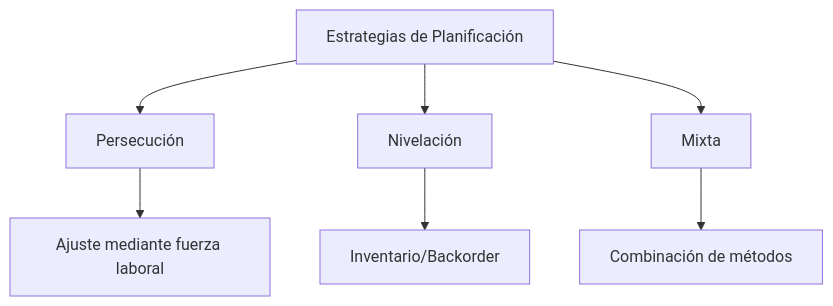
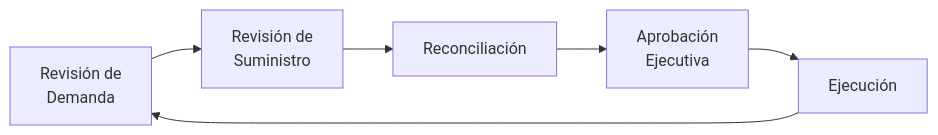
Before and after one commit to FCamaggi/gop-wiki: the third of 3 diagrams in public/content/clases/06-resumen-planificacion-agregada-2025.04.08.md, drawn with Mermaid. The commit also changed other lines of this file and 36 other files, not shown here.

````diff
--- a/public/content/clases/06-resumen-planificacion-agregada-2025.04.08.md
+++ b/public/content/clases/06-resumen-planificacion-agregada-2025.04.08.md
@@ -21,9 +277,8 @@
 ```mermaid
-graph TD
-    A[Estrategias de Planificación] --> B[Persecución]
-    A --> C[Nivelación]
-    A --> D[Mixta]
-    B --> E[Ajuste mediante fuerza laboral]
-    C --> F[Inventario/Backorder]
-    D --> G[Combinación de métodos]
+graph LR
+    A[Revisión de<br>Demanda] --> B[Revisión de<br>Suministro]
+    B --> C[Reconciliación]
+    C --> D[Aprobación<br>Ejecutiva]
+    D --> E[Ejecución]
+    E --> A
 ```
````
